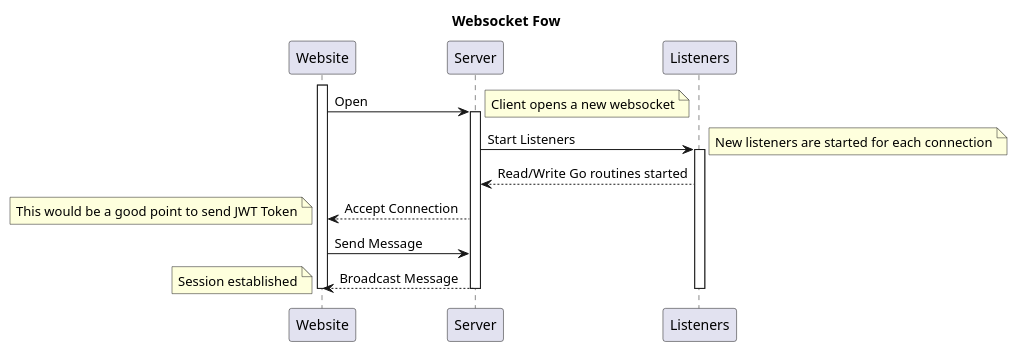
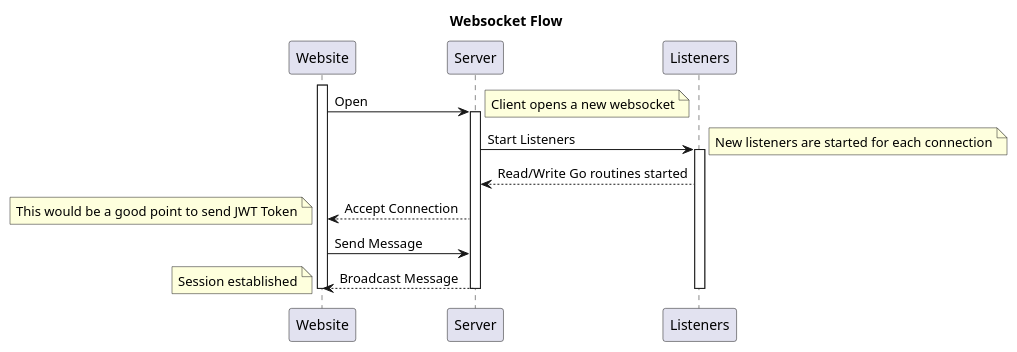
Before and after one commit to gtarcea/1DevDayTalk2014: the first of 2 diagrams in presentation/presentation.org, drawn with PlantUML. The commit also changed other lines of this file and 2 other files, not shown here.

Commit message:
More of presentation completed including Go code, diagrams and setup.

```diff
--- a/presentation/presentation.org
+++ b/presentation/presentation.org
@@ -195,19 +247,19 @@
 #+BEGIN_SRC plantuml :file websockets.png
-title Websocket Fow
+title Websocket Flow
 activate Website
 Website -> Server: Open
 note right: Client opens a new websocket
 activate Server
 Server -> Listeners: Start Listeners
 note right: New listeners are started for each connection
 activate Listeners
 Server <-- Listeners: Read/Write Go routines started
 Website <-- Server: Accept Connection
 note left: This would be a good point to send JWT Token
 Website -> Server: Send Message
 Website <-- Server: Broadcast Message
 note left: Session established
 deactivate Server
 deactivate Website
 deactivate Listeners
 #+END_SRC
```
